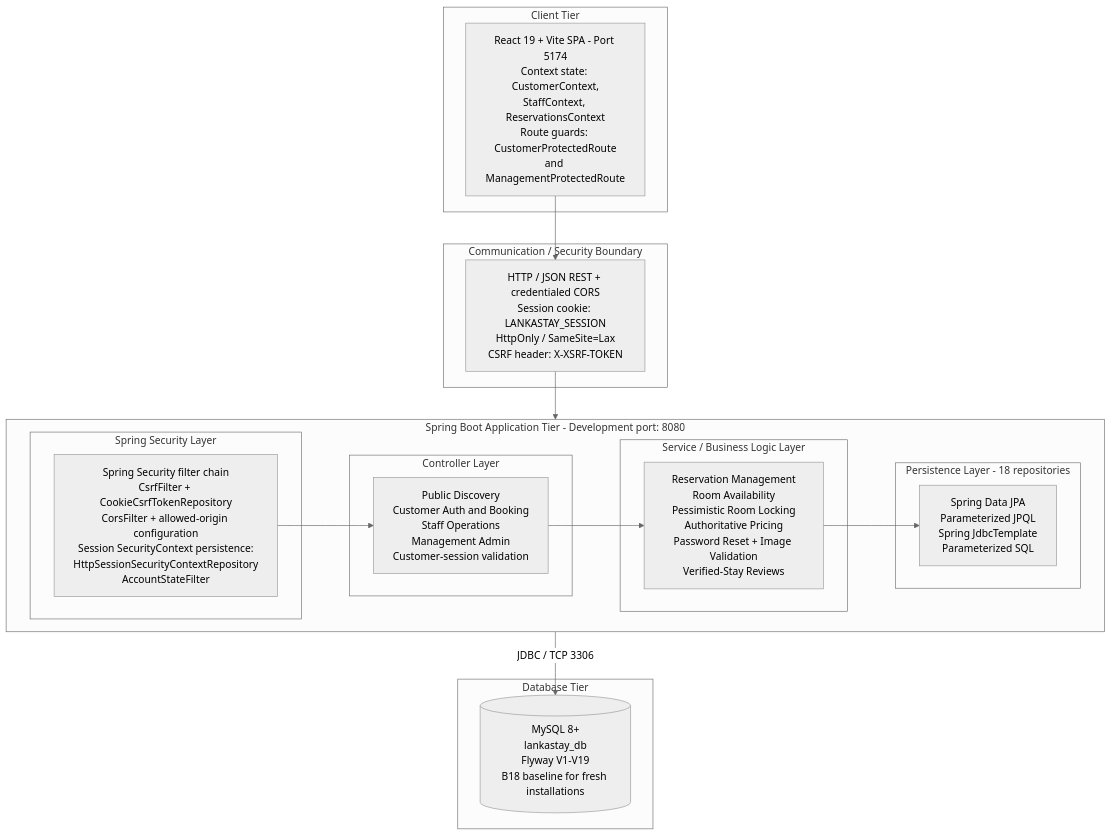
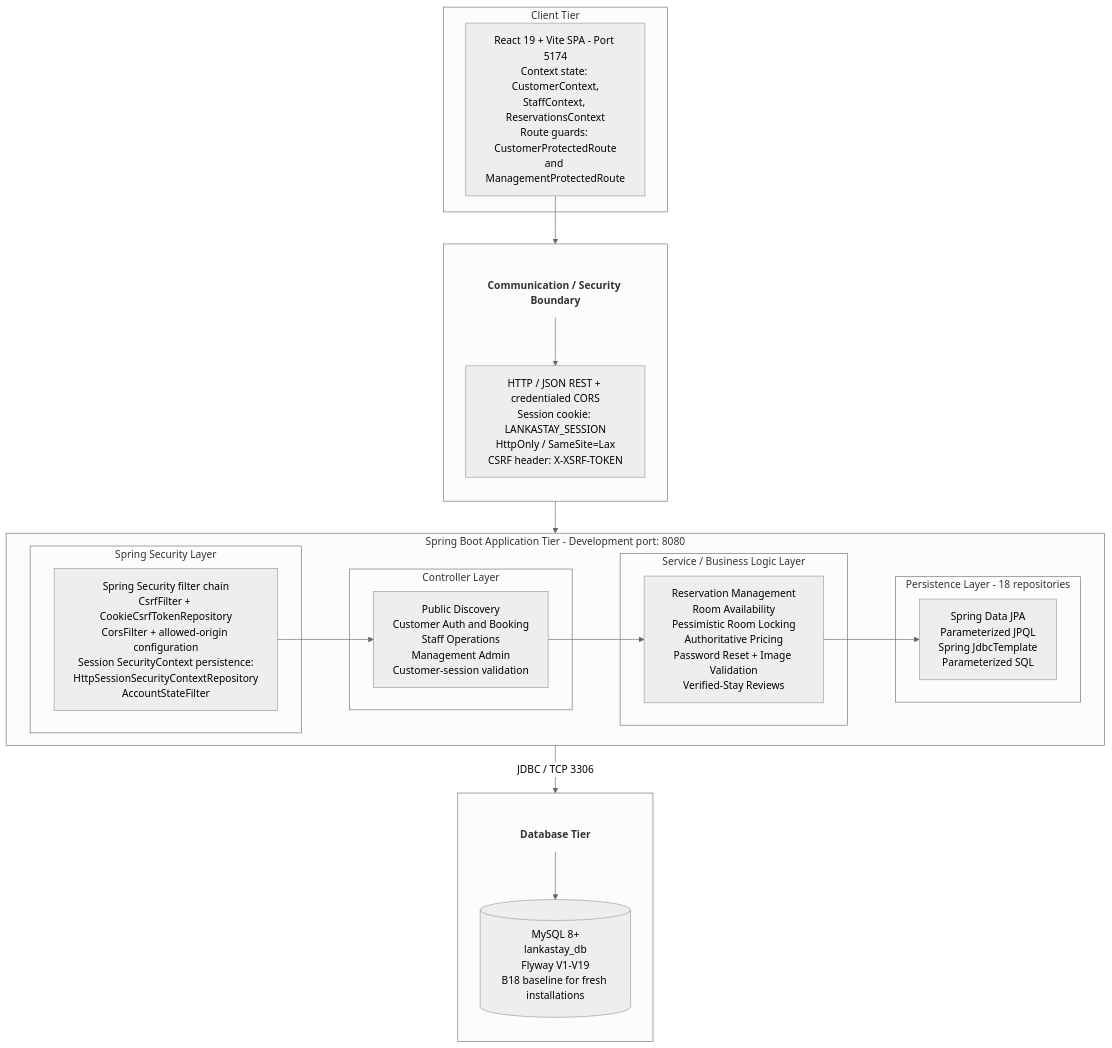
One commit to LakshanHMK/hotel-reservation-system changed the diagram in README.md. Above: the diagram before and after it, drawn with Mermaid (neutral theme).

Commit message:
docs: refine Mermaid connector spacing

````diff
--- a/README.md
+++ b/README.md
@@ -80,31 +80,38 @@
 ```mermaid
 %%{init: {"flowchart": {"wrappingWidth": 220}}}%%
 flowchart TB
     subgraph clientTier["Client Tier"]
         spa["React 19 + Vite SPA - Port 5174<br/>Context state: CustomerContext,<br/>StaffContext, ReservationsContext<br/>Route guards: CustomerProtectedRoute<br/>and ManagementProtectedRoute"]
     end
-    subgraph communicationTier["Communication / Security Boundary"]
+    subgraph communicationTier[" "]
+        direction TB
+        communicationTitle["Communication / Security Boundary"]:::tierTitle
         transport["HTTP / JSON REST + credentialed CORS<br/>Session cookie: LANKASTAY_SESSION<br/>HttpOnly / SameSite=Lax<br/>CSRF header: X-XSRF-TOKEN"]
+        communicationTitle --> transport
     end
     subgraph applicationTier["Spring Boot Application Tier - Development port: 8080"]
         direction LR
         subgraph securityLayer["Spring Security Layer"]
             security["Spring Security filter chain<br/>CsrfFilter + CookieCsrfTokenRepository<br/>CorsFilter + allowed-origin configuration<br/>Session SecurityContext persistence:<br/>HttpSessionSecurityContextRepository<br/>AccountStateFilter"]
         end
         subgraph controllerLayer["Controller Layer"]
             controllers["Public Discovery<br/>Customer Auth and Booking<br/>Staff Operations<br/>Management Admin<br/>Customer-session validation"]
         end
         subgraph serviceLayer["Service / Business Logic Layer"]
             services["Reservation Management<br/>Room Availability<br/>Pessimistic Room Locking<br/>Authoritative Pricing<br/>Password Reset + Image Validation<br/>Verified-Stay Reviews"]
         end
         subgraph persistenceLayer["Persistence Layer - 18 repositories"]
             persistence["Spring Data JPA<br/>Parameterized JPQL<br/>Spring JdbcTemplate<br/>Parameterized SQL"]
         end
         security --> controllers --> services --> persistence
     end
-    subgraph databaseTier["Database Tier"]
+    subgraph databaseTier[" "]
+        direction TB
+        databaseTitle["Database Tier"]:::tierTitle
         mysql[("MySQL 8+<br/>lankastay_db<br/>Flyway V1-V19<br/>B18 baseline for fresh installations")]
+        databaseTitle --> mysql
     end
-    spa --> transport --> applicationTier
-    applicationTier -->|JDBC / TCP 3306| mysql
+    spa --> communicationTier --> applicationTier
+    applicationTier -->|JDBC / TCP 3306| databaseTier
+    classDef tierTitle fill:transparent,stroke:transparent,color:#333,font-weight:bold;
 ```
````
